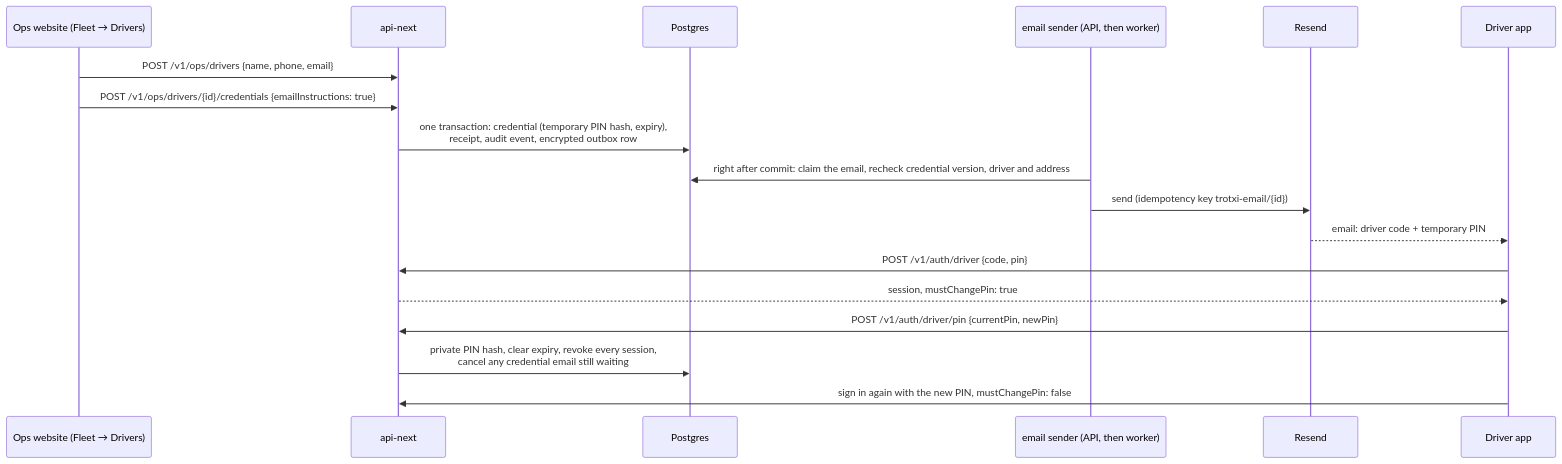
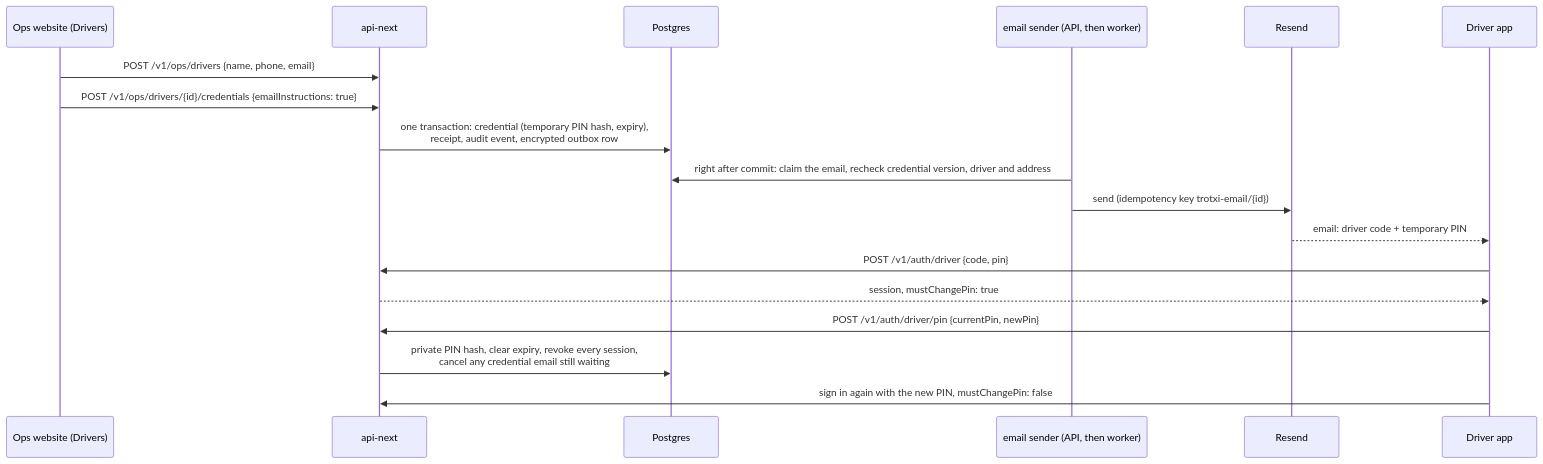
The diagram in docs/driver-onboarding.md (TROTXI/mobility-core), drawn with Mermaid before and after one commit. The commit also changed other lines of this file and 74 other files, not shown here.

````diff
--- a/docs/driver-onboarding.md
+++ b/docs/driver-onboarding.md
@@ -10,21 +12,21 @@
 ```mermaid
 sequenceDiagram
-  participant Ops as Ops website (Fleet → Drivers)
+  participant Ops as Ops website (Drivers)
   participant API as api-next
   participant DB as Postgres
   participant W as email sender (API, then worker)
   participant R as Resend
   participant D as Driver app
 
   Ops->>API: POST /v1/ops/drivers {name, phone, email}
   Ops->>API: POST /v1/ops/drivers/{id}/credentials {emailInstructions: true}
   API->>DB: one transaction: credential (temporary PIN hash, expiry),<br/>receipt, audit event, encrypted outbox row
   W->>DB: right after commit: claim the email, recheck credential version, driver and address
   W->>R: send (idempotency key trotxi-email/{id})
   R-->>D: email: driver code + temporary PIN
   D->>API: POST /v1/auth/driver {code, pin}
   API-->>D: session, mustChangePin: true
   D->>API: POST /v1/auth/driver/pin {currentPin, newPin}
   API->>DB: private PIN hash, clear expiry, revoke every session,<br/>cancel any credential email still waiting
   D->>API: sign in again with the new PIN, mustChangePin: false
 ```
````
